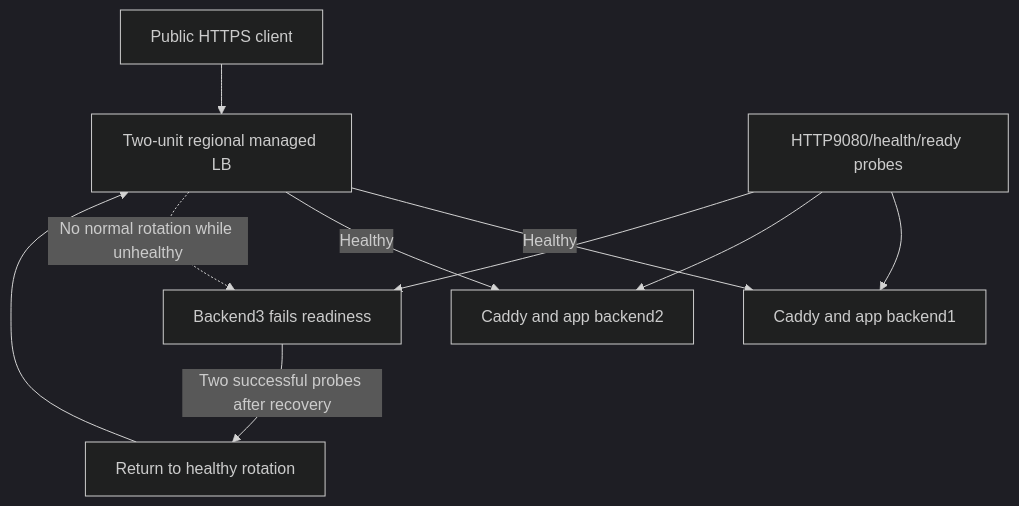
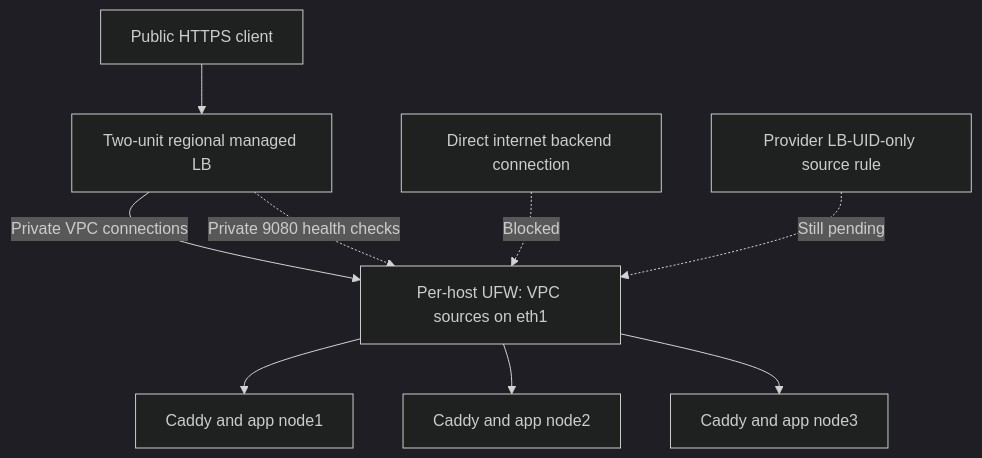
One commit to Sahil2237/notification-fanout changed the first of 3 diagrams in docs/lld/load-balancer.md. Above: the diagram before and after it, drawn with Mermaid (dark theme). The commit also changed other lines of this file and 30 other files, not shown here.

Commit message:
Refresh onboarding and architecture for deployed host network policy [skip ci]

````diff
--- a/docs/lld/load-balancer.md
+++ b/docs/lld/load-balancer.md
@@ -21,12 +21,11 @@
 ```mermaid
 flowchart TB
     U[Public HTTPS client] --> LB[Two-unit regional managed LB]
-    LB -->|Healthy| B1[Caddy and app backend1]
-    LB -->|Healthy| B2[Caddy and app backend2]
-    LB -.->|No normal rotation while unhealthy| B3[Backend3 fails readiness]
-    P[HTTP9080/health/ready probes] --> B1
-    P --> B2
-    P --> B3
-    B3 -->|Two successful probes after recovery| JOIN[Return to healthy rotation]
-    JOIN --> LB
+    LB -->|Private VPC connections| FW[Per-host UFW: VPC sources on eth1]
+    FW --> B1[Caddy and app node1]
+    FW --> B2[Caddy and app node2]
+    FW --> B3[Caddy and app node3]
+    DIRECT[Direct internet backend connection] -.->|Blocked| FW
+    LB -.->|Private 9080 health checks| FW
+    RULE[Provider LB-UID-only source rule] -.->|Still pending| FW
 ```
````
